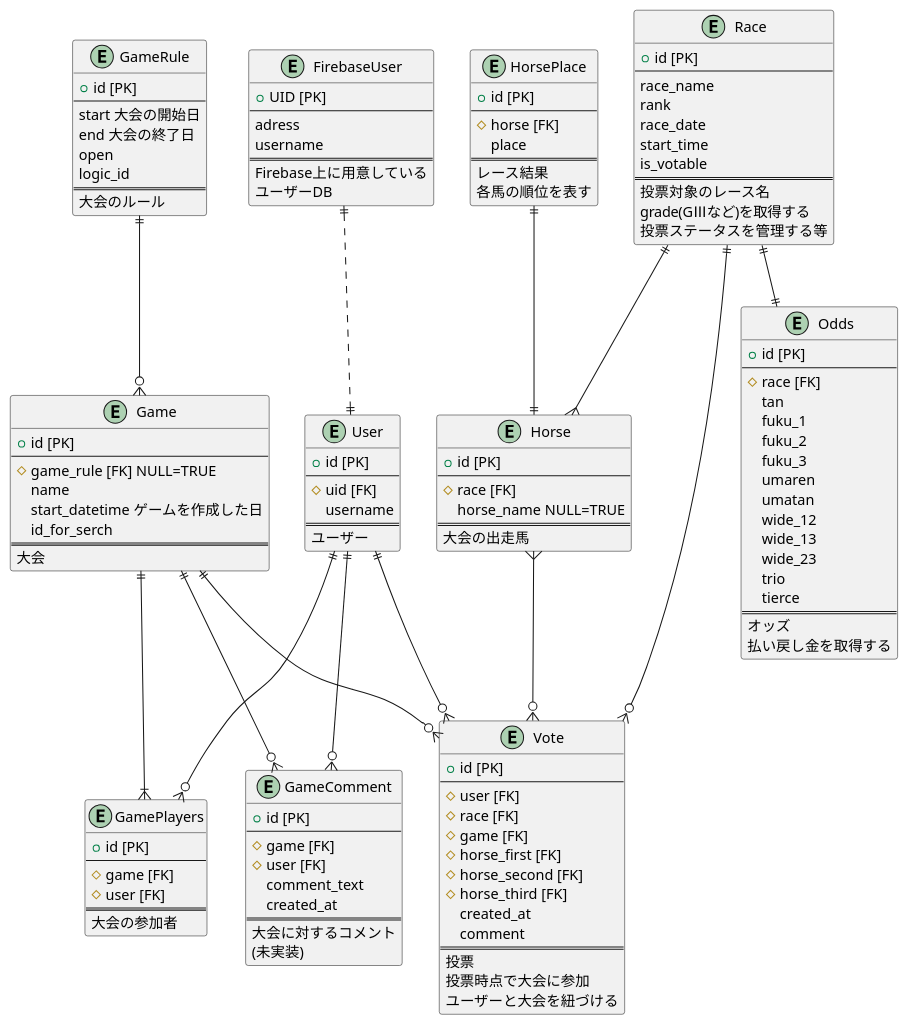
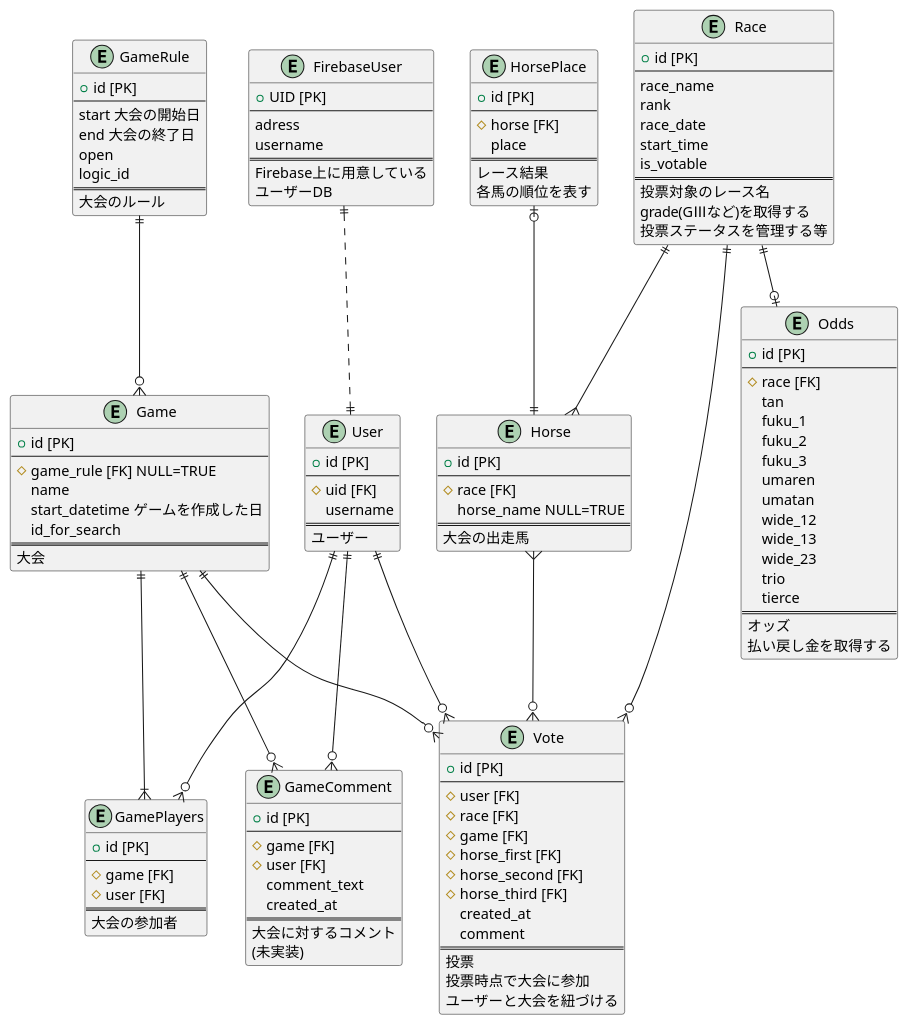
The diagram in UML/ER.pu (Kengo106/zerosense), drawn with PlantUML before and after one commit. The commit also changed 7 other files, not shown here.

```diff
--- a/UML/ER.pu
+++ b/UML/ER.pu
@@ -1,149 +1,149 @@
-@startuml 20231206_ER図
+@startuml 20240105_ER図
 
 
 entity HorsePlace {
   + id [PK]
   --
   # horse [FK]
   place
   ==
   レース結果
   各馬の順位を表す
 }
 
 entity User {
   + id [PK]
   --
   # uid [FK]
   username
   ==
   ユーザー
 }
 
 entity FirebaseUser {
   + UID [PK]
   --
   adress 
   username
   ==
   Firebase上に用意している
   ユーザーDB
 }
 
 entity Game {
   + id [PK]
   --
   # game_rule [FK] NULL=TRUE
   name
   start_datetime ゲームを作成した日
-  id_for_serch
+  id_for_search
   ==
   大会
 }
 
 entity GameRule {
   + id [PK]
   --
   start 大会の開始日
   end 大会の終了日
   open
   logic_id
   ==
   大会のルール
 }
 
 entity Vote {
   + id [PK]
   --
   # user [FK]
   # race [FK]
   # game [FK]
   # horse_first [FK]
   # horse_second [FK]
   # horse_third [FK]
   created_at
   comment
   ==
   投票
   投票時点で大会に参加
   ユーザーと大会を紐づける
 }
 
 entity Race{
   + id [PK]
   --
   race_name
   rank
   race_date
   start_time
   is_votable
   ==
   投票対象のレース名
   grade(GⅢなど)を取得する  
   投票ステータスを管理する等
 }
 
 entity Horse {
   + id [PK]
   --
   # race [FK] 
   horse_name NULL=TRUE
   ==
   大会の出走馬
 }
 
 entity Odds {
   + id [PK]
   --
   # race [FK]
   tan
   fuku_1
   fuku_2
   fuku_3
   umaren
   umatan
   wide_12
   wide_13
   wide_23
   trio
   tierce
   ==
   オッズ
   払い戻し金を取得する
 }
 
 entity GameComment {
   + id [PK]
   --
   # game [FK]
   # user [FK]
   comment_text
   created_at
   ==
   大会に対するコメント
   (未実装)
 }
 
 entity GamePlayers {
   + id [PK]
   --
   # game [FK]
   # user [FK]
   ==
   大会の参加者
 }
 
-Race ||--|| Odds
+Race ||--o| Odds
 User ||--o{ Vote
 Horse }--o{ Vote
 Race ||--o{ Vote
 Game ||--o{ Vote
 Race ||--{ Horse
 User ||--o{ GameComment
 Game ||--o{ GameComment
 GameRule ||--o{ Game
-HorsePlace ||--|| Horse
+HorsePlace |o--|| Horse
 FirebaseUser ||..|| User
 Game ||--|{ GamePlayers
 User ||--o{ GamePlayers
 @enduml
```
